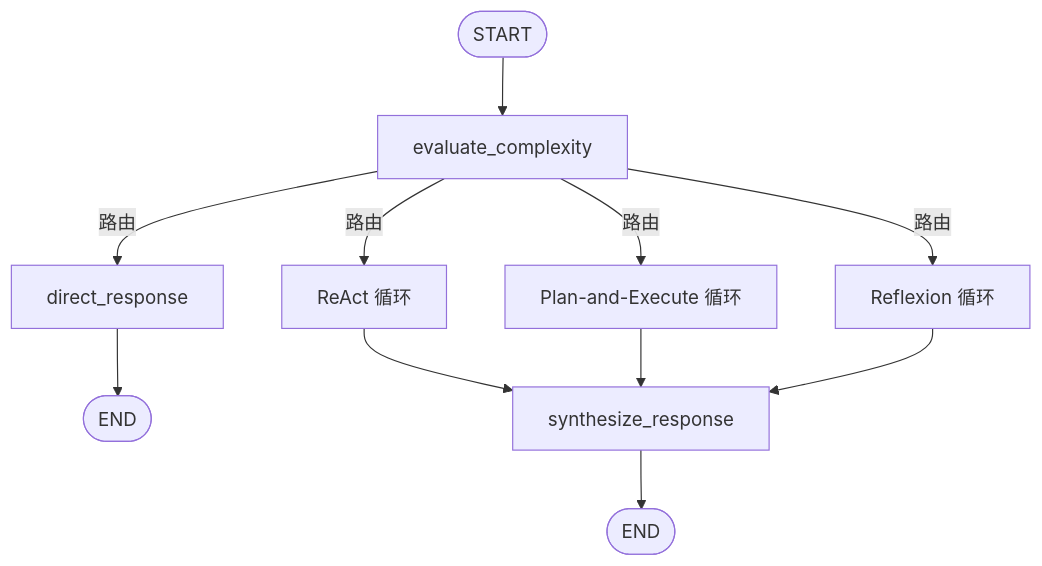
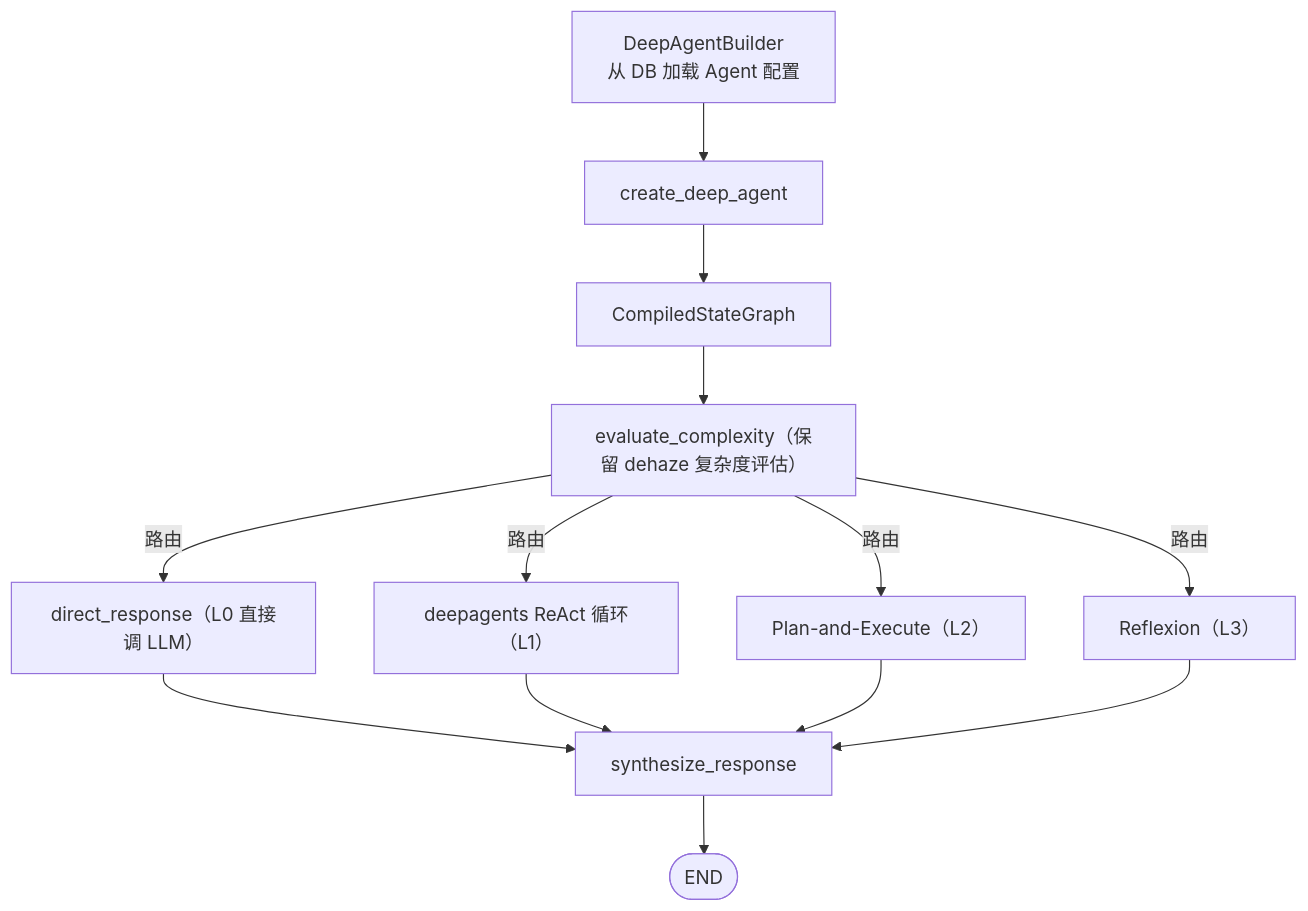
The second of 2 diagrams in dehaze-doc/docs/03-模块设计/核心模块/AI对话/后端实现-架构与公共.md (earthy-zinc/dehaze-system), drawn with Mermaid before and after one commit. The commit also changed other lines of this file and 126 other files, not shown here.

````diff
--- a/dehaze-doc/docs/03-模块设计/核心模块/AI对话/后端实现-架构与公共.md
+++ b/dehaze-doc/docs/03-模块设计/核心模块/AI对话/后端实现-架构与公共.md
@@ -155,13 +258,15 @@
 ```mermaid
 flowchart TD
-    START([START]) --> A[evaluate_complexity]
-    A -->|路由| B[direct_response]
-    A -->|路由| C[ReAct 循环]
-    A -->|路由| D[Plan-and-Execute 循环]
-    A -->|路由| E[Reflexion 循环]
-    B --> END1([END])
-    C --> F[synthesize_response]
-    D --> F
-    E --> F
-    F --> END2([END])
+    A["DeepAgentBuilder<br/>从 DB 加载 Agent 配置"] --> B["create_deep_agent"]
+    B --> C["CompiledStateGraph"]
+    C --> D["evaluate_complexity（保留 dehaze 复杂度评估）"]
+    D -->|路由| E["direct_response（L0 直接调 LLM）"]
+    D -->|路由| F["deepagents ReAct 循环（L1）"]
+    D -->|路由| G["Plan-and-Execute（L2）"]
+    D -->|路由| H["Reflexion（L3）"]
+    E --> I["synthesize_response"]
+    F --> I
+    G --> I
+    H --> I
+    I --> END([END])
 ```
````
